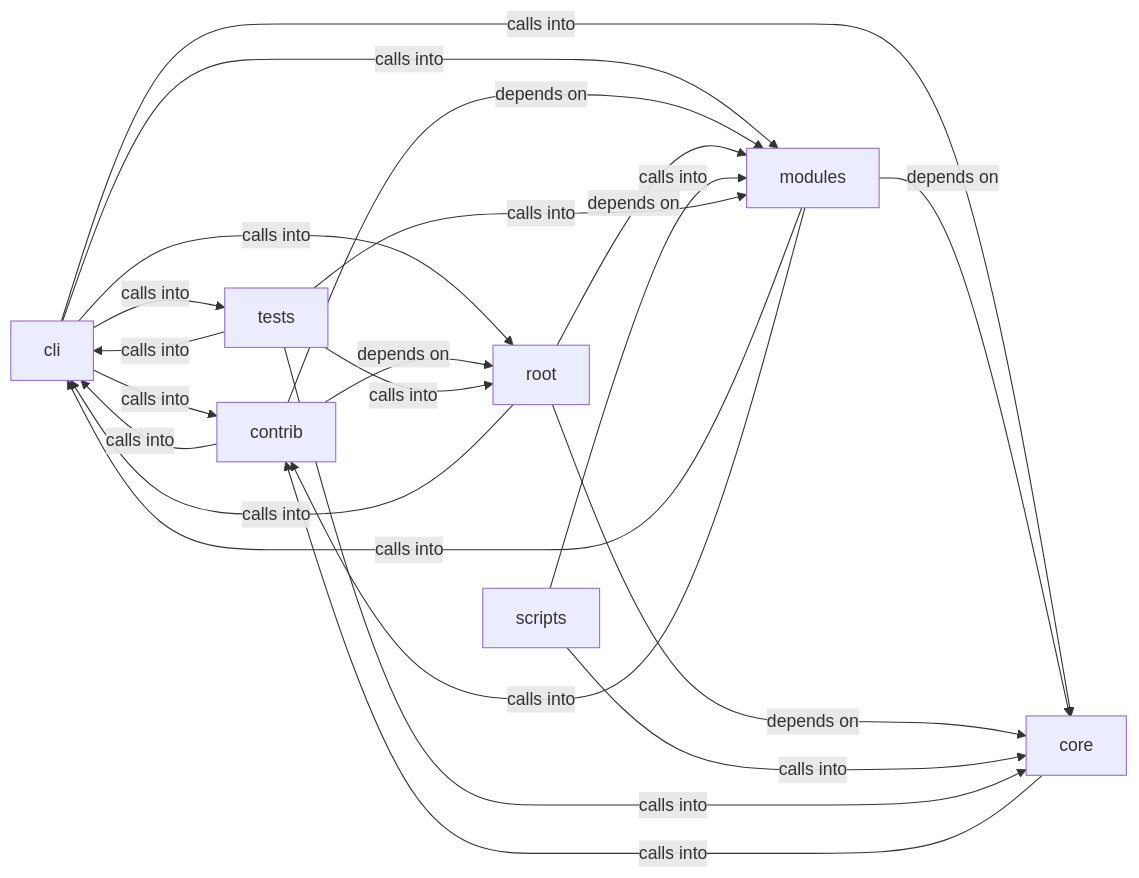
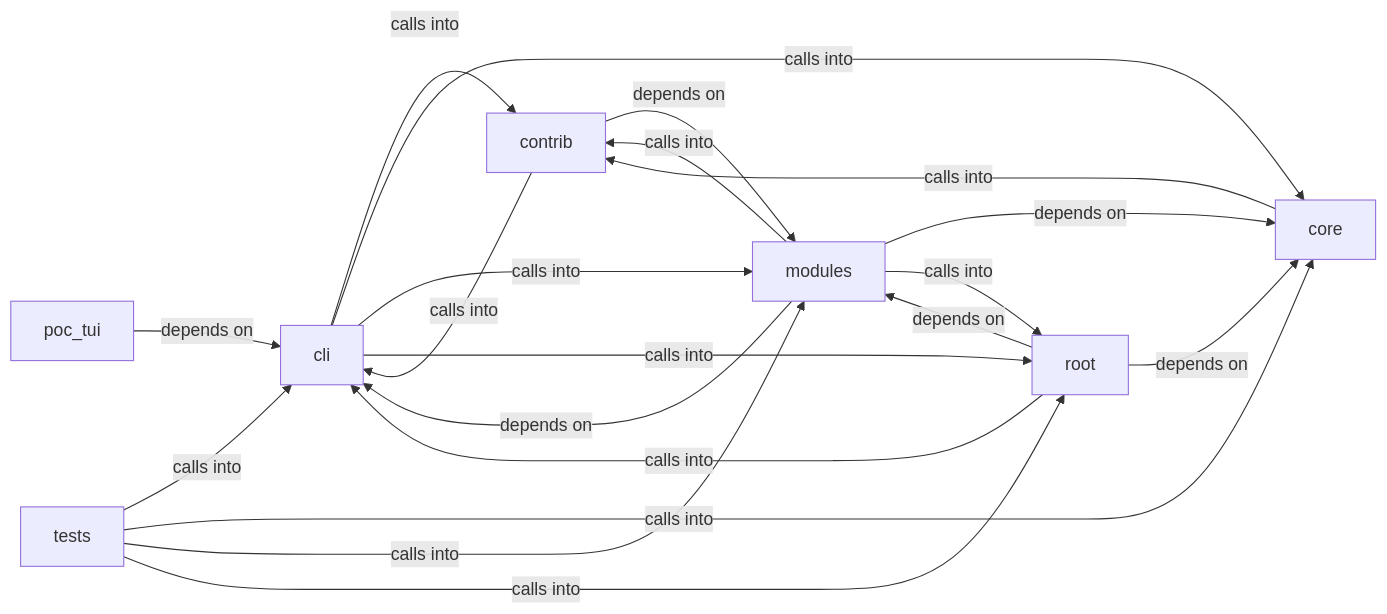
Before and after one commit to grisuno/LazyOwn: the diagram in readmenator-diagrams/cli_commands.md, drawn with Mermaid. The commit also changed other lines of this file and 451 other files, not shown here.

````diff
--- a/readmenator-diagrams/cli_commands.md
+++ b/readmenator-diagrams/cli_commands.md
@@ -5,31 +5,29 @@
 ```mermaid
 graph LR
     cli["cli"]
     contrib["contrib"]
     core["core"]
     modules["modules"]
+    poc_tui["poc_tui"]
     root["root"]
-    scripts["scripts"]
     tests["tests"]
     cli -- "calls into" --> contrib
     cli -- "calls into" --> core
     cli -- "calls into" --> modules
     cli -- "calls into" --> root
-    cli -- "calls into" --> tests
     contrib -- "calls into" --> cli
     contrib -- "depends on" --> modules
-    contrib -- "depends on" --> root
     core -- "calls into" --> contrib
-    modules -- "calls into" --> cli
+    modules -- "depends on" --> cli
     modules -- "calls into" --> contrib
     modules -- "depends on" --> core
+    modules -- "calls into" --> root
+    poc_tui -- "depends on" --> cli
     root -- "calls into" --> cli
     root -- "depends on" --> core
     root -- "depends on" --> modules
-    scripts -- "calls into" --> core
-    scripts -- "calls into" --> modules
     tests -- "calls into" --> cli
     tests -- "calls into" --> core
     tests -- "calls into" --> modules
     tests -- "calls into" --> root
 ```
````
